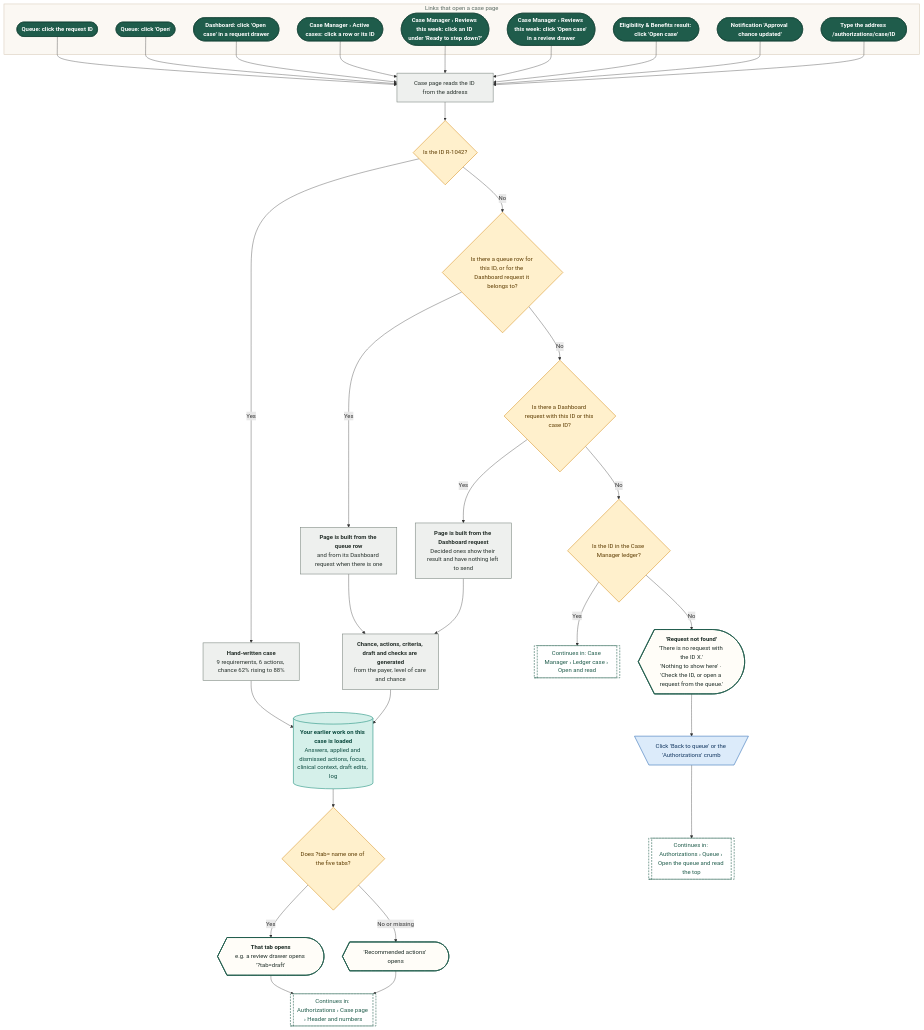
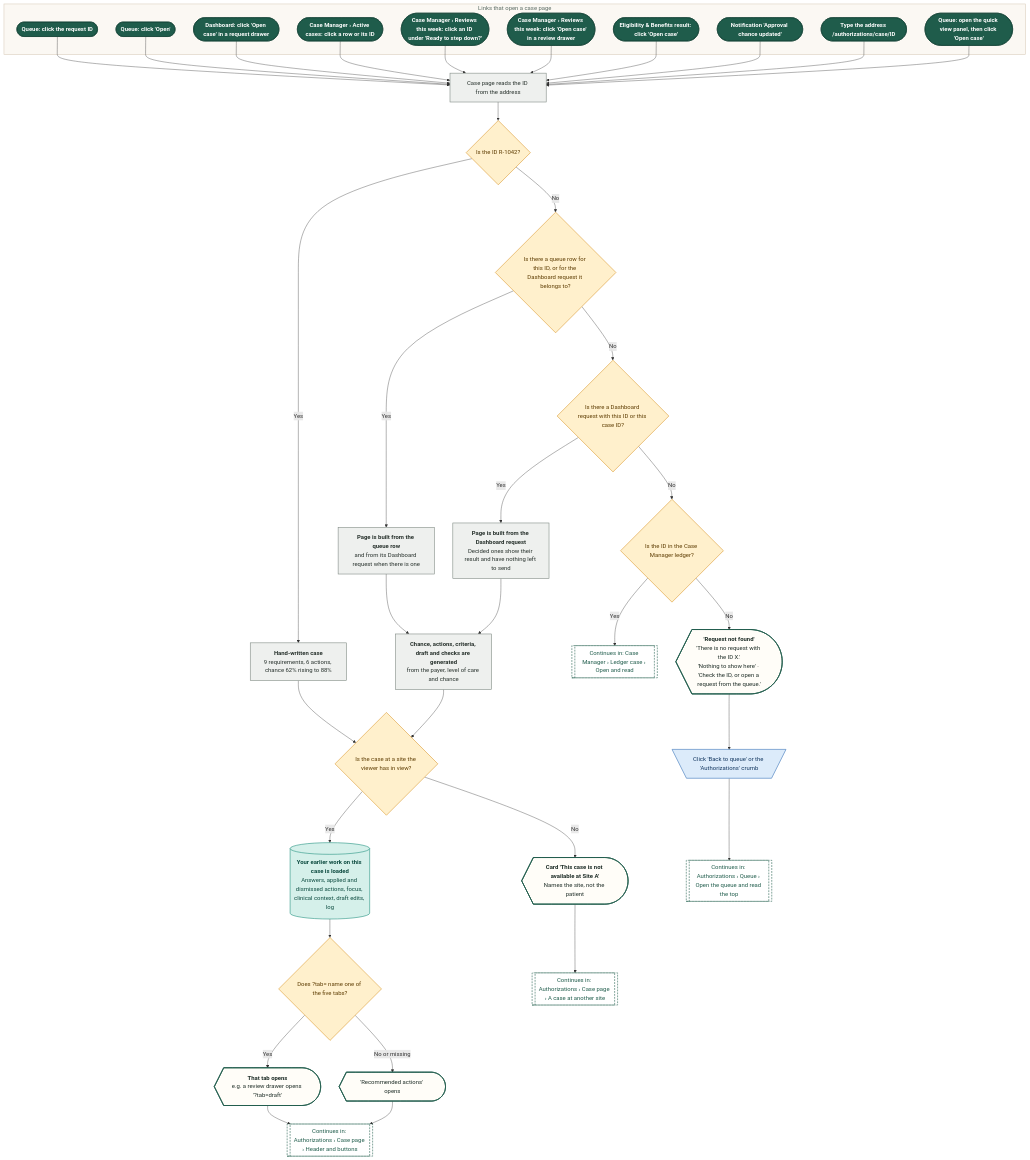
The ninth of 33 diagrams in demos/prior-auth-demo/workflows/out/md/03-authorizations.md (Shrav143/psyfloapp), drawn with Mermaid before and after one commit. The commit also changed other lines of this file and 251 other files, not shown here.

First line of the commit message:
docs: rebuild the workflow diagrams (291) for round 4

```diff
--- a/demos/prior-auth-demo/workflows/out/md/03-authorizations.md
+++ b/demos/prior-auth-demo/workflows/out/md/03-authorizations.md
@@ -583,6 +759,7 @@
   a7@{ shape: stadium, label: "Eligibility & Benefits result: click 'Open case'" }
   a8@{ shape: stadium, label: "Notification 'Approval chance updated'" }
   a9@{ shape: stadium, label: "Type the address /authorizations/case/ID" }
+  a10@{ shape: stadium, label: "Queue: open the quick view panel, then click 'Open case'" }
   end
   r0@{ shape: rect, label: "Case page reads the ID from the address" }
   d1@{ shape: diam, label: "Is the ID R-1042?" }
@@ -598,10 +775,13 @@
   bq@{ shape: trap-t, label: "Click 'Back to queue' or the 'Authorizations' crumb" }
   gQ@{ shape: subproc, label: "Continues in: Authorizations › Queue › Open the queue and read the top" }
   ld@{ shape: cyl, label: "<b>Your earlier work on this case is loaded</b><br/>Answers, applied and dismissed actions, focus, clinical context, draft edits, log" }
+  dS@{ shape: diam, label: "Is the case at a site the viewer has in view?" }
+  oos@{ shape: curv-trap, label: "<b>Card 'This case is not available at Site A'</b><br/>Names the site, not the patient" }
+  gO@{ shape: subproc, label: "Continues in: Authorizations › Case page › A case at another site" }
   d4@{ shape: diam, label: "Does ?tab= name one of the five tabs?" }
   tab1@{ shape: curv-trap, label: "<b>That tab opens</b><br/>e.g. a review drawer opens '?tab=draft'" }
   tab0@{ shape: curv-trap, label: "'Recommended actions' opens" }
-  gH@{ shape: subproc, label: "Continues in: Authorizations › Case page › Header and numbers" }
+  gH@{ shape: subproc, label: "Continues in: Authorizations › Case page › Header and buttons" }
   a1 --> r0
   a2 --> r0
   a3 --> r0
@@ -611,8 +791,9 @@
   a7 --> r0
   a8 --> r0
   a9 --> r0
+  a10 --> r0
   r0 --> d1
-  d1 -->|"Yes"| hand --> ld
+  d1 -->|"Yes"| hand --> dS
   d1 -->|"No"| d2
   d2 -->|"Yes"| fq --> gen
   d2 -->|"No"| d3
@@ -621,15 +802,17 @@
   d5 -->|"Yes"| gL
   d5 -->|"No"| nf
   nf --> bq --> gQ
-  gen --> ld
+  gen --> dS
+  dS -->|"Yes"| ld
+  dS -->|"No"| oos --> gO
   ld --> d4
   d4 -->|"Yes"| tab1 --> gH
   d4 -->|"No or missing"| tab0 --> gH
-  class a1,a2,a3,a4,a5,a6,a7,a8,a9 k_start
+  class a1,a2,a3,a4,a5,a6,a7,a8,a9,a10 k_start
   class r0,hand,fq,fr,gen k_process
-  class d1,d2,d3,d5,d4 k_decision
-  class gL,gQ,gH k_goto
-  class nf,tab1,tab0 k_screen
+  class d1,d2,d3,d5,dS,d4 k_decision
+  class gL,gQ,gO,gH k_goto
+  class nf,oos,tab1,tab0 k_screen
   class bq k_click
   class ld k_store
   style gIn fill:#FBF8F3,stroke:#D9CDBB,stroke-width:1.5px,color:#5B6B63
```
